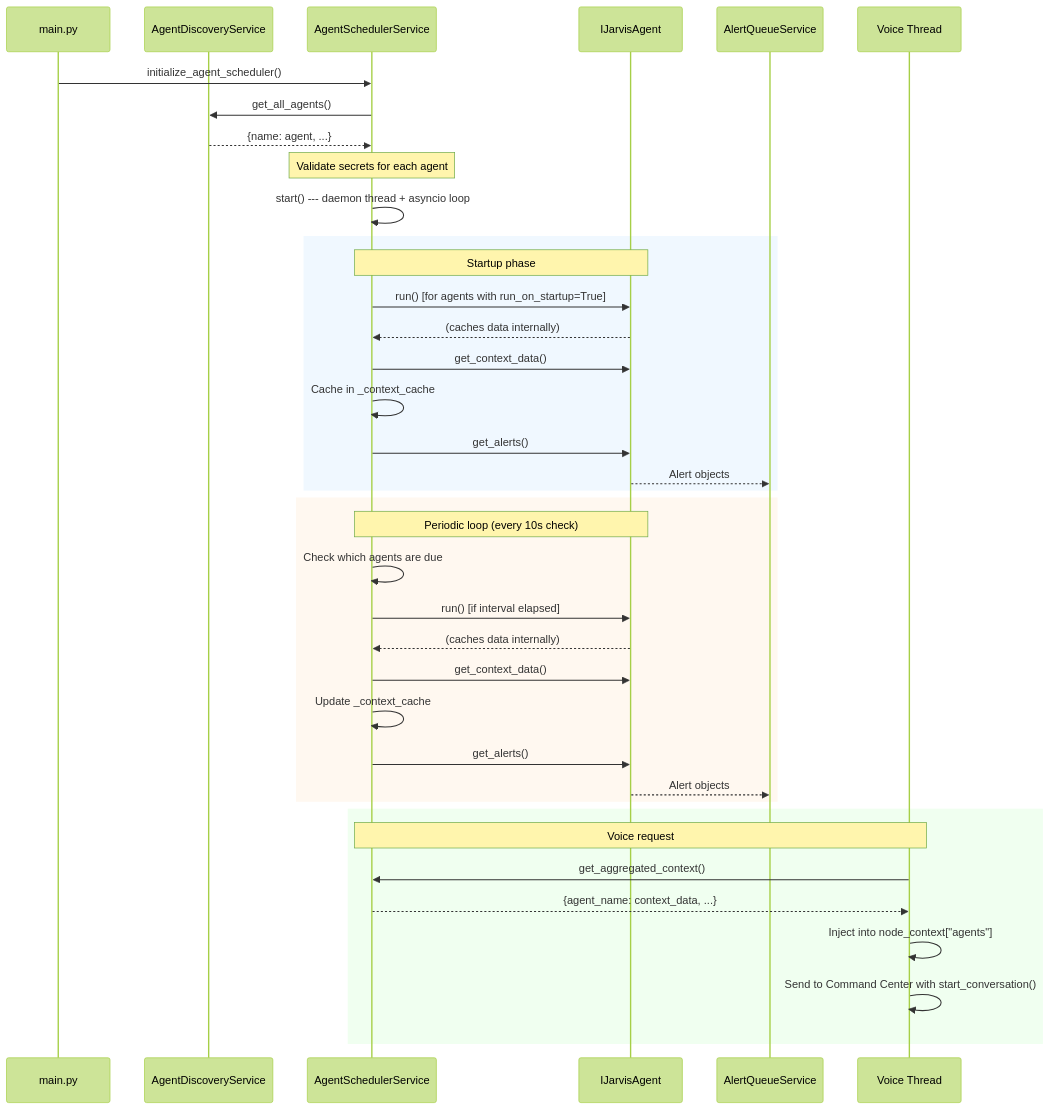
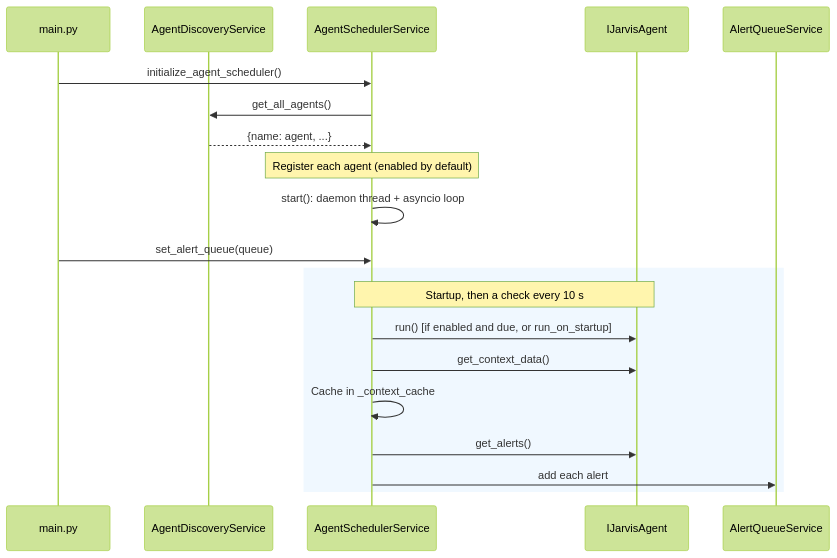
One commit to alexberardi/jarvis-docs changed the diagram in docs/extending/agents/index.md. Above: the diagram before and after it, drawn with Mermaid (forest theme). The commit also changed other lines of this file and 16 other files, not shown here.

````diff
--- a/docs/extending/agents/index.md
+++ b/docs/extending/agents/index.md
@@ -153,46 +129,24 @@
 ```mermaid
 sequenceDiagram
     participant Main as main.py
     participant ADS as AgentDiscoveryService
     participant ASS as AgentSchedulerService
     participant Agent as IJarvisAgent
     participant AQS as AlertQueueService
-    participant Voice as Voice Thread
 
     Main->>ASS: initialize_agent_scheduler()
     ASS->>ADS: get_all_agents()
     ADS-->>ASS: {name: agent, ...}
-
-    Note over ASS: Validate secrets for each agent
-
-    ASS->>ASS: start() --- daemon thread + asyncio loop
+    Note over ASS: Register each agent (enabled by default)
+    ASS->>ASS: start(): daemon thread + asyncio loop
+    Main->>ASS: set_alert_queue(queue)
 
     rect rgb(240, 248, 255)
-        Note over ASS,Agent: Startup phase
-        ASS->>Agent: run() [for agents with run_on_startup=True]
-        Agent-->>ASS: (caches data internally)
+        Note over ASS,Agent: Startup, then a check every 10 s
+        ASS->>Agent: run() [if enabled and due, or run_on_startup]
         ASS->>Agent: get_context_data()
         ASS->>ASS: Cache in _context_cache
         ASS->>Agent: get_alerts()
-        Agent-->>AQS: Alert objects
-    end
-
-    rect rgb(255, 248, 240)
-        Note over ASS,Agent: Periodic loop (every 10s check)
-        ASS->>ASS: Check which agents are due
-        ASS->>Agent: run() [if interval elapsed]
-        Agent-->>ASS: (caches data internally)
-        ASS->>Agent: get_context_data()
-        ASS->>ASS: Update _context_cache
-        ASS->>Agent: get_alerts()
-        Agent-->>AQS: Alert objects
-    end
-
-    rect rgb(240, 255, 240)
-        Note over Voice,ASS: Voice request
-        Voice->>ASS: get_aggregated_context()
-        ASS-->>Voice: {agent_name: context_data, ...}
-        Voice->>Voice: Inject into node_context["agents"]
-        Voice->>Voice: Send to Command Center with start_conversation()
+        ASS->>AQS: add each alert
     end
 ```
````
